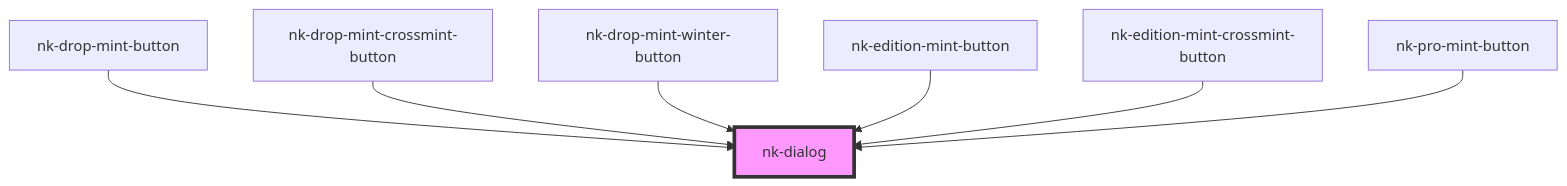
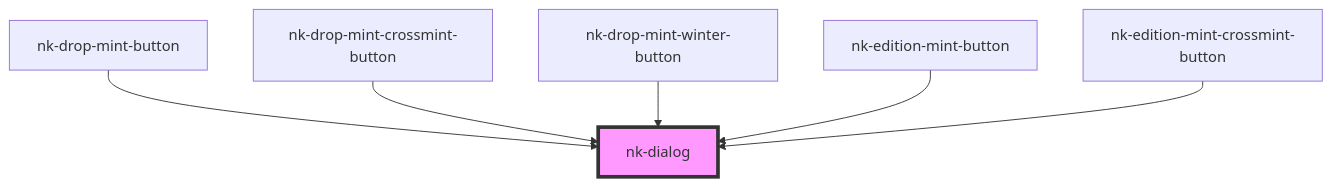
Before and after one commit to niftykit-inc/niftykit-sdk: the diagram in packages/widgets/src/components/nk-dialog/readme.md, drawn with Mermaid. The commit also changed other lines of this file and 2 other files, not shown here.

Commit message:
updated widget docs

````diff
--- a/packages/widgets/src/components/nk-dialog/readme.md
+++ b/packages/widgets/src/components/nk-dialog/readme.md
@@ -29,10 +28,9 @@
 ```mermaid
 graph TD;
   nk-drop-mint-button --> nk-dialog
   nk-drop-mint-crossmint-button --> nk-dialog
   nk-drop-mint-winter-button --> nk-dialog
   nk-edition-mint-button --> nk-dialog
   nk-edition-mint-crossmint-button --> nk-dialog
-  nk-pro-mint-button --> nk-dialog
   style nk-dialog fill:#f9f,stroke:#333,stroke-width:4px
 ```
````
